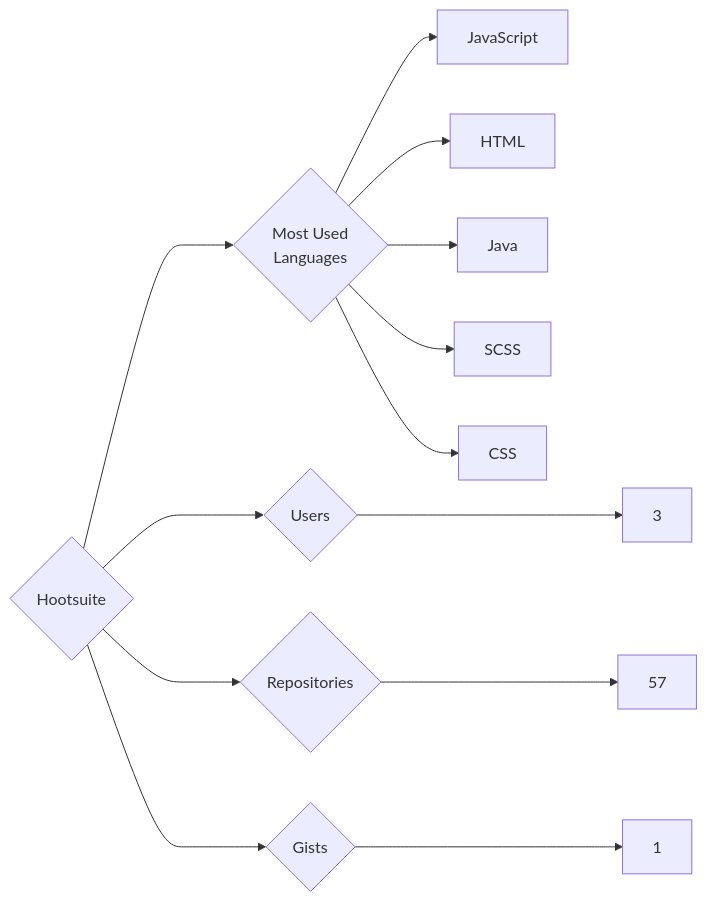
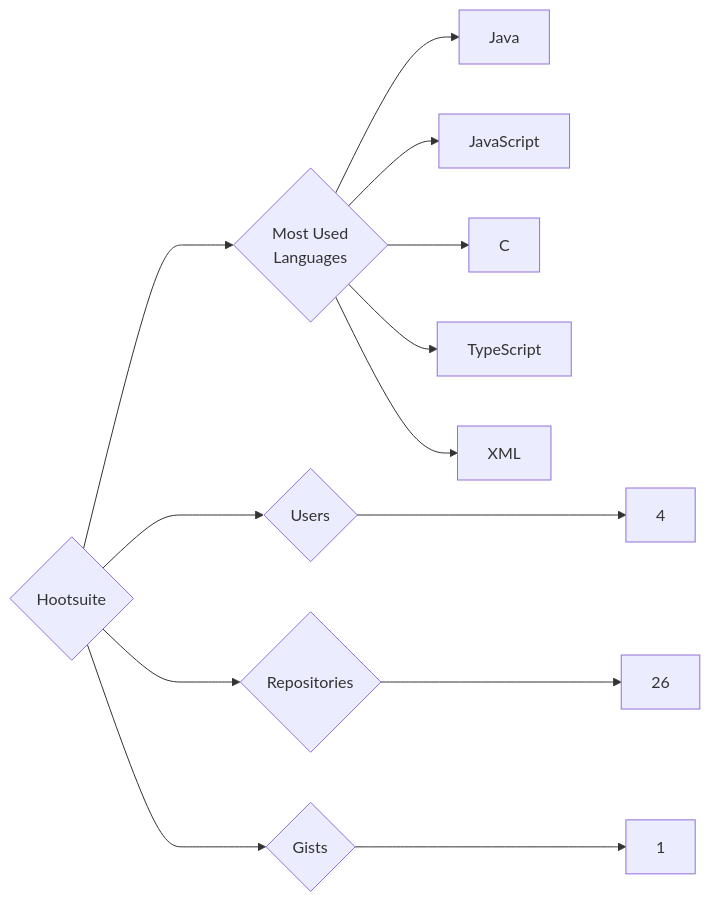
Before and after one commit to trickest/insiders: the diagram in targets/Hootsuite/README.md, drawn with Mermaid. The commit also changed 988 other files, not shown here.

````diff
--- a/targets/Hootsuite/README.md
+++ b/targets/Hootsuite/README.md
@@ -3,13 +3,13 @@
 ```mermaid
 graph LR
 COMPANY_NAME{Hootsuite}
-COMPANY_NAME ---> U{Users} ---> UN[3]
-COMPANY_NAME ---> R{Repositories} ---> RN[57]
+COMPANY_NAME ---> U{Users} ---> UN[4]
+COMPANY_NAME ---> R{Repositories} ---> RN[26]
 COMPANY_NAME ---> G{Gists} ---> GN[1]
 COMPANY_NAME ---> ML{Most Used<br>Languages}
+ML --> Java[Java]
 ML --> JavaScript[JavaScript]
-ML --> HTML[HTML]
-ML --> Java[Java]
-ML --> SCSS[SCSS]
-ML --> CSS[CSS]
+ML --> C[C]
+ML --> TypeScript[TypeScript]
+ML --> XML[XML]
 ```
````
